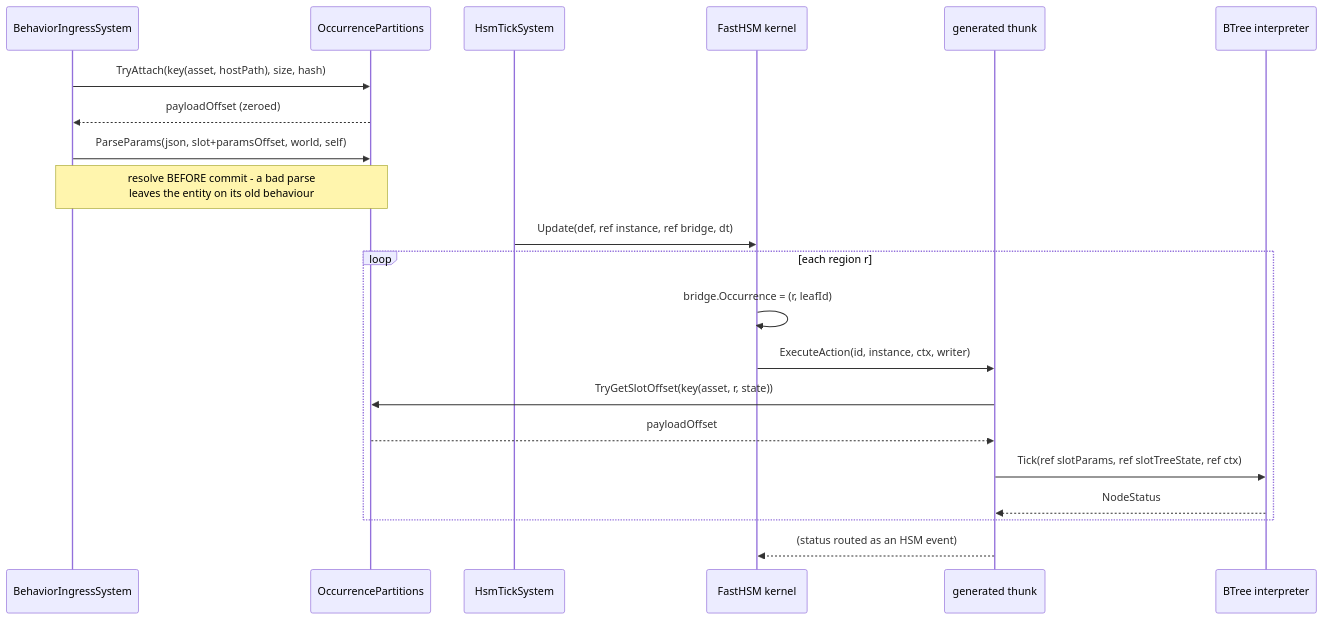
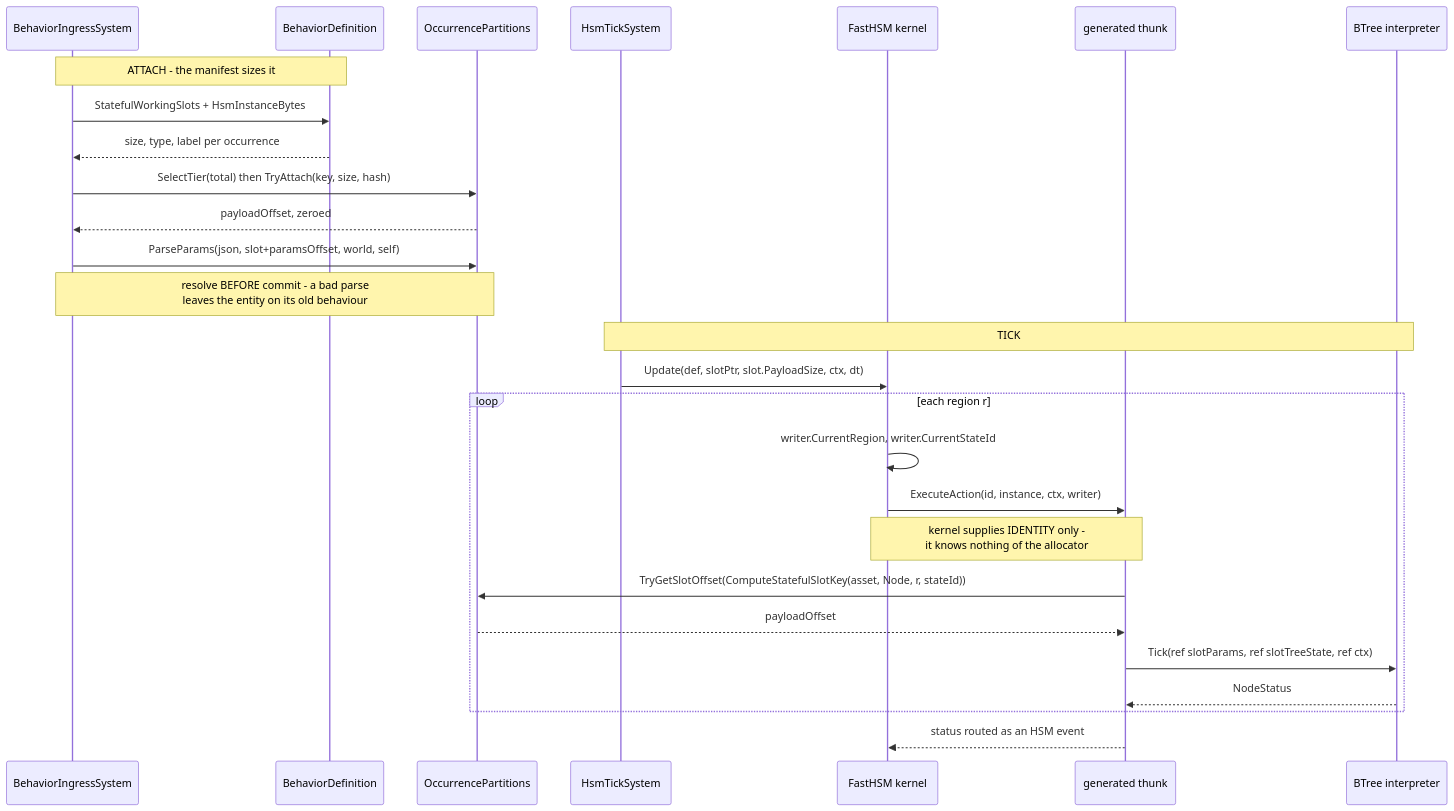
The third of 3 diagrams in docs/blueprints/DESIGN_Occurrence_Scoped_Storage.md (pjanec/HROT), drawn with Mermaid before and after one commit. The commit also changed other lines of this file and 12 other files, not shown here.

````diff
--- a/docs/blueprints/DESIGN_Occurrence_Scoped_Storage.md
+++ b/docs/blueprints/DESIGN_Occurrence_Scoped_Storage.md
@@ -190,25 +229,31 @@
 ```mermaid
 sequenceDiagram
     participant Ing as BehaviorIngressSystem
+    participant Def as BehaviorDefinition
     participant Alloc as OccurrencePartitions
     participant Hsm as HsmTickSystem
     participant Kern as FastHSM kernel
     participant Thunk as generated thunk
     participant BT as BTree interpreter
 
-    Ing->>Alloc: TryAttach(key(asset, hostPath), size, hash)
-    Alloc-->>Ing: payloadOffset (zeroed)
+    Note over Ing,Def: ATTACH - the manifest sizes it
+    Ing->>Def: StatefulWorkingSlots + HsmInstanceBytes
+    Def-->>Ing: size, type, label per occurrence
+    Ing->>Alloc: SelectTier(total) then TryAttach(key, size, hash)
+    Alloc-->>Ing: payloadOffset, zeroed
     Ing->>Alloc: ParseParams(json, slot+paramsOffset, world, self)
     Note over Ing,Alloc: resolve BEFORE commit - a bad parse<br/>leaves the entity on its old behaviour
 
-    Hsm->>Kern: Update(def, ref instance, ref bridge, dt)
+    Note over Hsm,BT: TICK
+    Hsm->>Kern: Update(def, slotPtr, slot.PayloadSize, ctx, dt)
     loop each region r
-        Kern->>Kern: bridge.Occurrence = (r, leafId)
+        Kern->>Kern: writer.CurrentRegion, writer.CurrentStateId
         Kern->>Thunk: ExecuteAction(id, instance, ctx, writer)
-        Thunk->>Alloc: TryGetSlotOffset(key(asset, r, state))
+        Note over Kern,Thunk: kernel supplies IDENTITY only -<br/>it knows nothing of the allocator
+        Thunk->>Alloc: TryGetSlotOffset(ComputeStatefulSlotKey(asset, Node, r, stateId))
         Alloc-->>Thunk: payloadOffset
         Thunk->>BT: Tick(ref slotParams, ref slotTreeState, ref ctx)
         BT-->>Thunk: NodeStatus
     end
-    Thunk-->>Kern: (status routed as an HSM event)
+    Thunk-->>Kern: status routed as an HSM event
 ```
````
